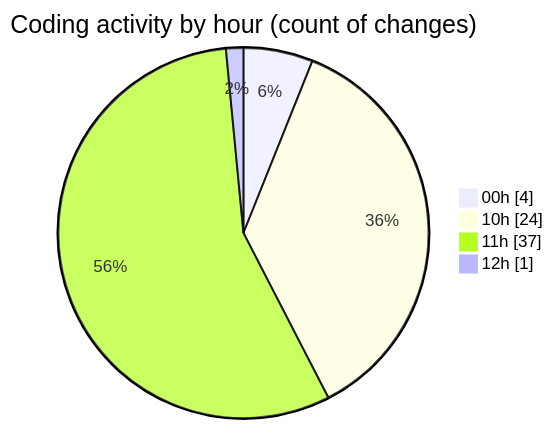
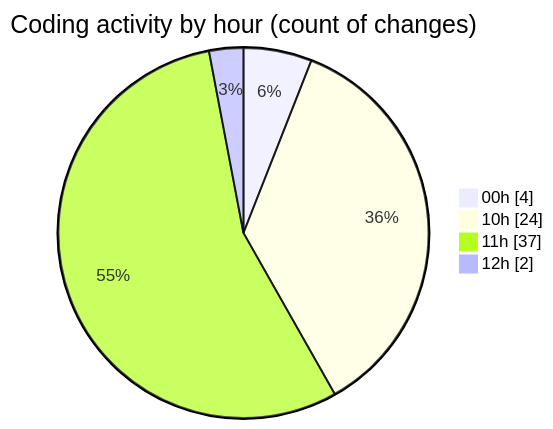
The second of 2 diagrams in 2025-04-04/back-end/README.md (Netris89/code-tracking), drawn with Mermaid before and after one commit. The commit also changed other lines of this file and 1 other file, not shown here.

````diff
--- a/2025-04-04/back-end/README.md
+++ b/2025-04-04/back-end/README.md
@@ -38,8 +38,8 @@
 ```mermaid
 pie showData
 title Coding activity by hour (count of changes)
 "00h" : 4
 "10h" : 24
 "11h" : 37
-"12h" : 1
+"12h" : 2
 ```
````
